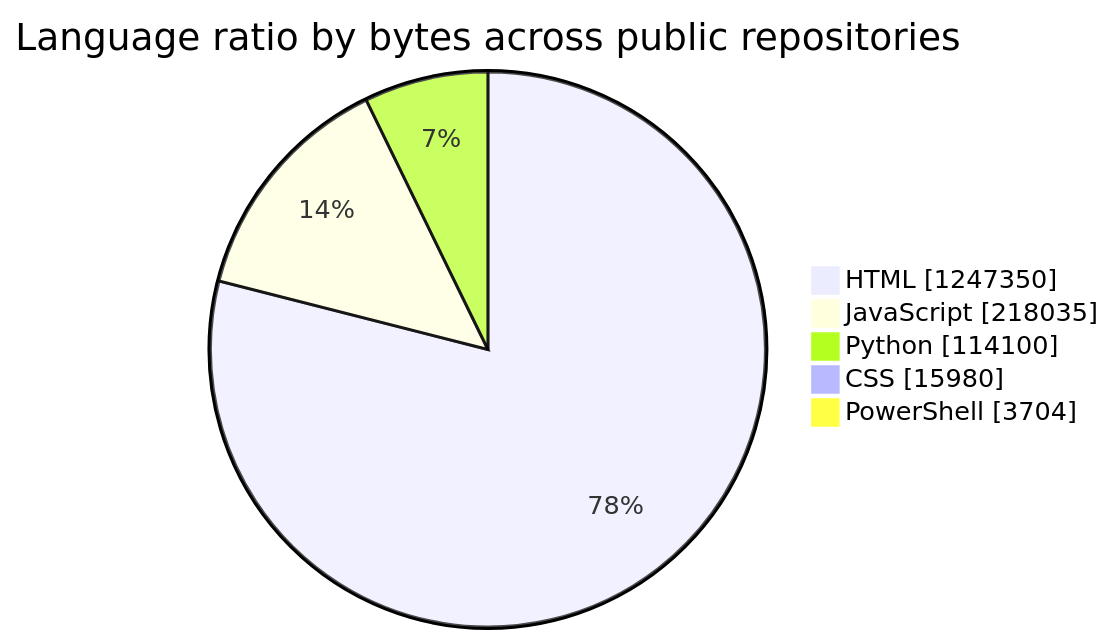
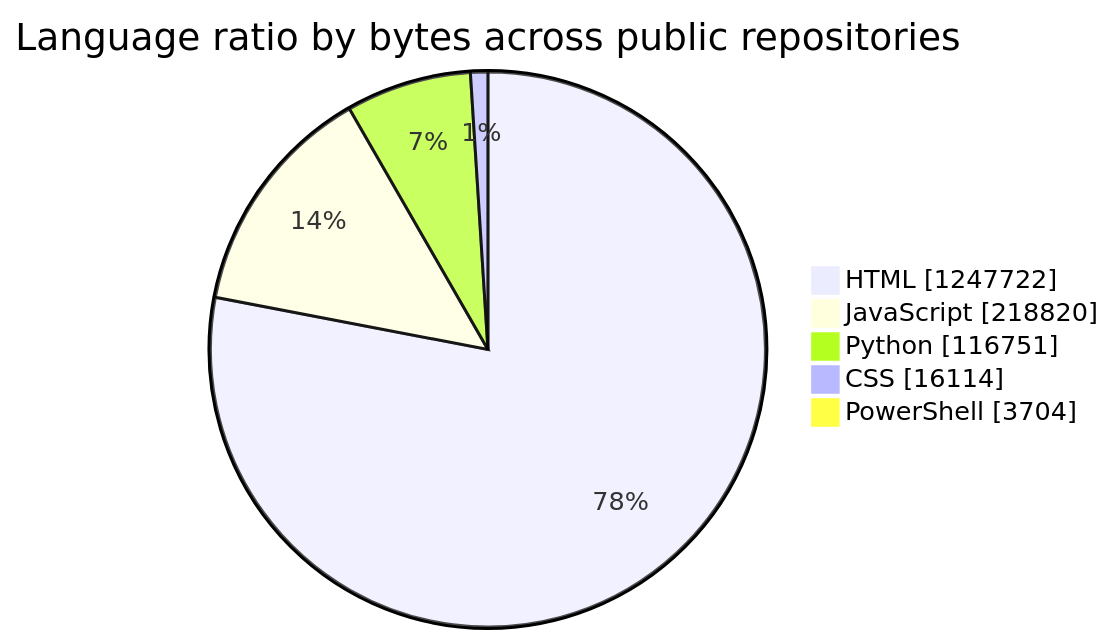
Before and after one commit to tchinso/tchinso: the first of 2 diagrams in README.md, drawn with Mermaid. The commit also changed other lines of this file, not shown here.

````diff
--- a/README.md
+++ b/README.md
@@ -23,9 +23,9 @@
 ```mermaid
 pie showData
     title Language ratio by bytes across public repositories
-    "HTML" : 1247350
-    "JavaScript" : 218035
-    "Python" : 114100
-    "CSS" : 15980
+    "HTML" : 1247722
+    "JavaScript" : 218820
+    "Python" : 116751
+    "CSS" : 16114
     "PowerShell" : 3704
 ```
````
